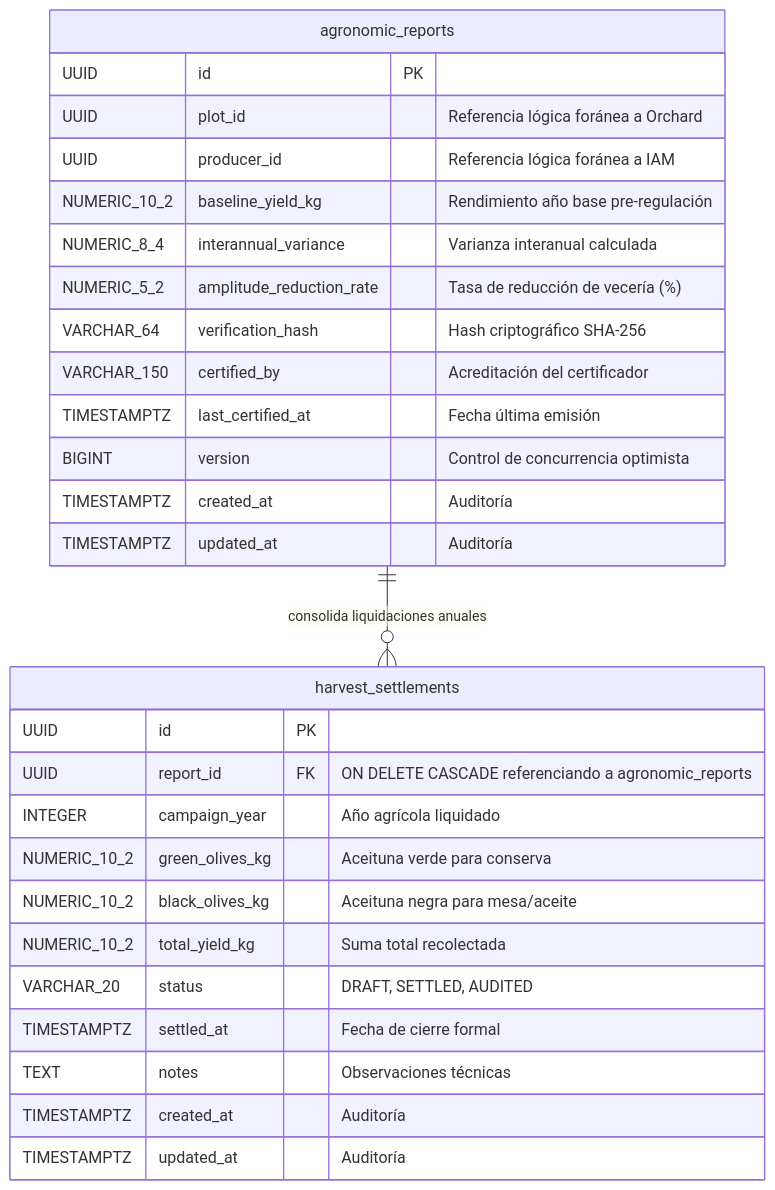
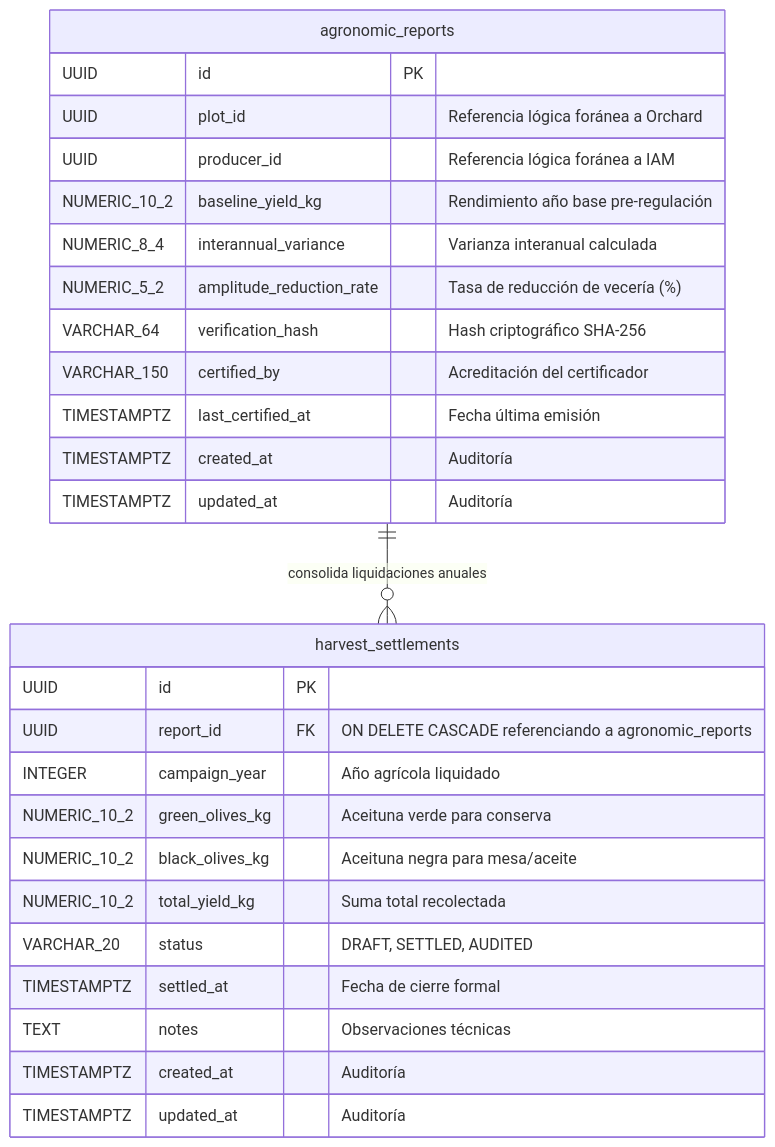
One commit to upc-pre-1acc0238-2620-4951-arcadiadevs/viora-report changed the third of 5 diagrams in docs/tactical-ddd/harvest-settlement-tactical-ddd.md. Above: the diagram before and after it, drawn with Mermaid. The commit also changed other lines of this file and 8 other files, not shown here.

````diff
--- a/docs/tactical-ddd/harvest-settlement-tactical-ddd.md
+++ b/docs/tactical-ddd/harvest-settlement-tactical-ddd.md
@@ -492,33 +490,33 @@
 ```mermaid
 erDiagram
     agronomic_reports {
         UUID id PK
         UUID plot_id "Referencia lógica foránea a Orchard"
         UUID producer_id "Referencia lógica foránea a IAM"
         NUMERIC_10_2 baseline_yield_kg "Rendimiento año base pre-regulación"
         NUMERIC_8_4 interannual_variance "Varianza interanual calculada"
         NUMERIC_5_2 amplitude_reduction_rate "Tasa de reducción de vecería (%)"
         VARCHAR_64 verification_hash "Hash criptográfico SHA-256"
         VARCHAR_150 certified_by "Acreditación del certificador"
         TIMESTAMPTZ last_certified_at "Fecha última emisión"
-        BIGINT version "Control de concurrencia optimista"
+
         TIMESTAMPTZ created_at "Auditoría"
         TIMESTAMPTZ updated_at "Auditoría"
     }
 
     harvest_settlements {
         UUID id PK
         UUID report_id FK "ON DELETE CASCADE referenciando a agronomic_reports"
         INTEGER campaign_year "Año agrícola liquidado"
         NUMERIC_10_2 green_olives_kg "Aceituna verde para conserva"
         NUMERIC_10_2 black_olives_kg "Aceituna negra para mesa/aceite"
         NUMERIC_10_2 total_yield_kg "Suma total recolectada"
         VARCHAR_20 status "DRAFT, SETTLED, AUDITED"
         TIMESTAMPTZ settled_at "Fecha de cierre formal"
         TEXT notes "Observaciones técnicas"
         TIMESTAMPTZ created_at "Auditoría"
         TIMESTAMPTZ updated_at "Auditoría"
     }
 
     agronomic_reports ||--o{ harvest_settlements : "consolida liquidaciones anuales"
 ```
````
